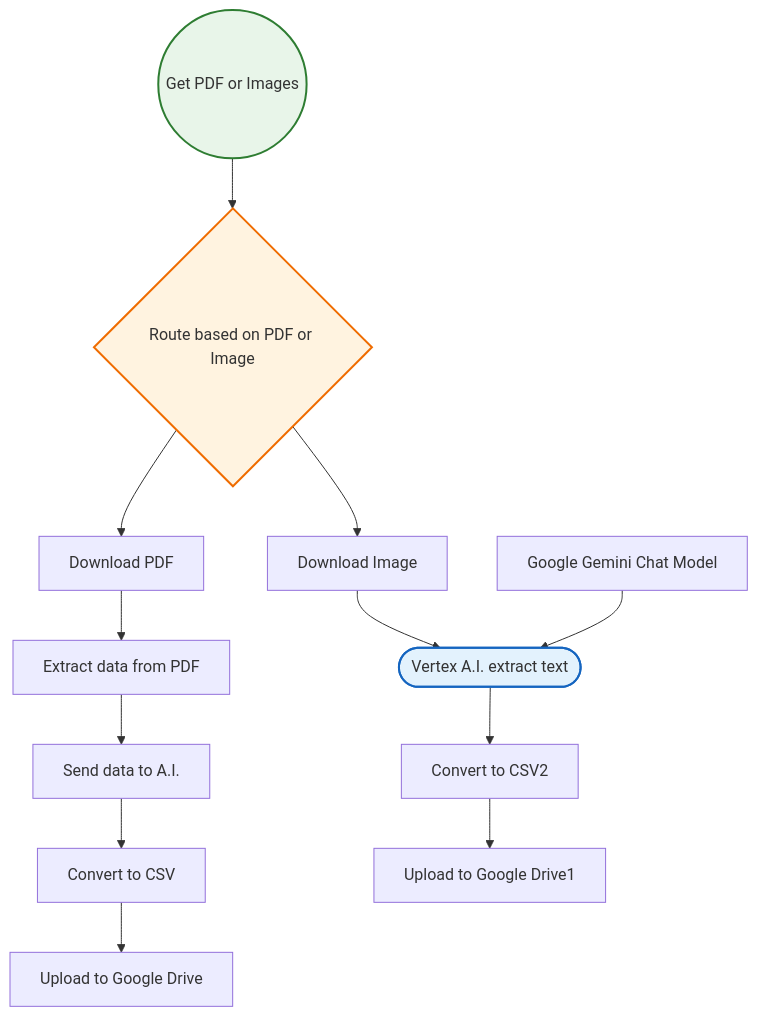
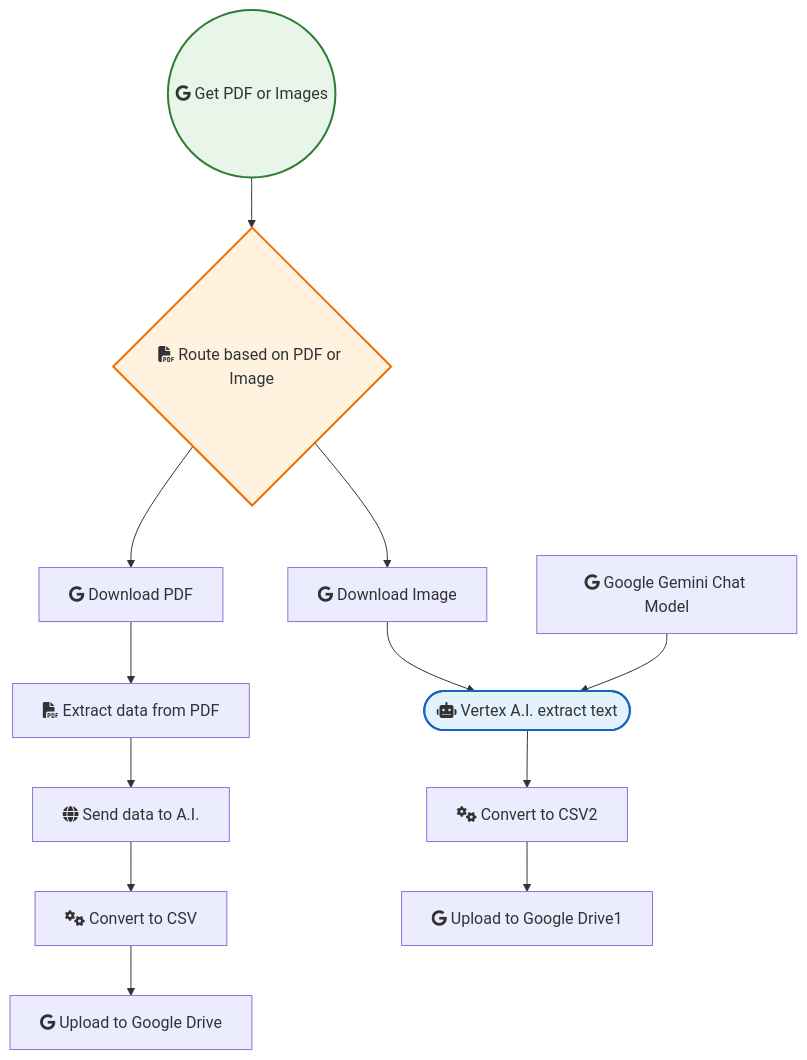
The diagram in PDF_and_Document_Processing/Extract Text From Pdf and Image Using Vertex Ai Gemini Into Csv.md (sreyash3105/N8N-DEMO-AUTOMATIONS), drawn with Mermaid before and after one commit. The commit also changed 291 other files, not shown here.

````diff
--- a/PDF_and_Document_Processing/Extract Text From Pdf and Image Using Vertex Ai Gemini Into Csv.md
+++ b/PDF_and_Document_Processing/Extract Text From Pdf and Image Using Vertex Ai Gemini Into Csv.md
@@ -1,31 +1,31 @@
 ```mermaid
 graph TD
     classDef trigger fill:#e8f5e9,stroke:#2e7d32,stroke-width:2px;
     classDef ai fill:#e3f2fd,stroke:#1565c0,stroke-width:2px;
     classDef logic fill:#fff3e0,stroke:#ef6c00,stroke-width:2px;
 
-    Google_Gemini_Chat_Model["Google Gemini Chat Model"]
-    Get_PDF_or_Images(("Get PDF or Images")):::trigger
-    Route_based_on_PDF_or_Image{"Route based on PDF or Image"}:::logic
-    Download_PDF["Download PDF"]
-    Download_Image["Download Image"]
-    Extract_data_from_PDF["Extract data from PDF"]
-    Send_data_to_A_I_["Send data to A.I."]
-    Convert_to_CSV["Convert to CSV"]
-    Upload_to_Google_Drive["Upload to Google Drive"]
-    Convert_to_CSV2["Convert to CSV2"]
-    Upload_to_Google_Drive1["Upload to Google Drive1"]
-    Vertex_A_I__extract_text(["Vertex A.I. extract text"]):::ai
+    Google_Gemini_Chat_Model["fab:fa-google Google Gemini Chat Model"]
+    Get_PDF_or_Images(("fab:fa-google Get PDF or Images")):::trigger
+    Route_based_on_PDF_or_Image{"fas:fa-file-pdf Route based on PDF or Image"}:::logic
+    Download_PDF["fab:fa-google Download PDF"]
+    Download_Image["fab:fa-google Download Image"]
+    Extract_data_from_PDF["fas:fa-file-pdf Extract data from PDF"]
+    Send_data_to_A_I_["fas:fa-globe Send data to A.I."]
+    Convert_to_CSV["fas:fa-cogs Convert to CSV"]
+    Upload_to_Google_Drive["fab:fa-google Upload to Google Drive"]
+    Convert_to_CSV2["fas:fa-cogs Convert to CSV2"]
+    Upload_to_Google_Drive1["fab:fa-google Upload to Google Drive1"]
+    Vertex_A_I__extract_text(["fas:fa-robot Vertex A.I. extract text"]):::ai
 
     Download_PDF --> Extract_data_from_PDF
     Convert_to_CSV --> Upload_to_Google_Drive
     Download_Image --> Vertex_A_I__extract_text
     Convert_to_CSV2 --> Upload_to_Google_Drive1
     Get_PDF_or_Images --> Route_based_on_PDF_or_Image
     Send_data_to_A_I_ --> Convert_to_CSV
     Extract_data_from_PDF --> Send_data_to_A_I_
     Google_Gemini_Chat_Model --> Vertex_A_I__extract_text
     Vertex_A_I__extract_text --> Convert_to_CSV2
     Route_based_on_PDF_or_Image --> Download_PDF
     Route_based_on_PDF_or_Image --> Download_Image
 ```
````
